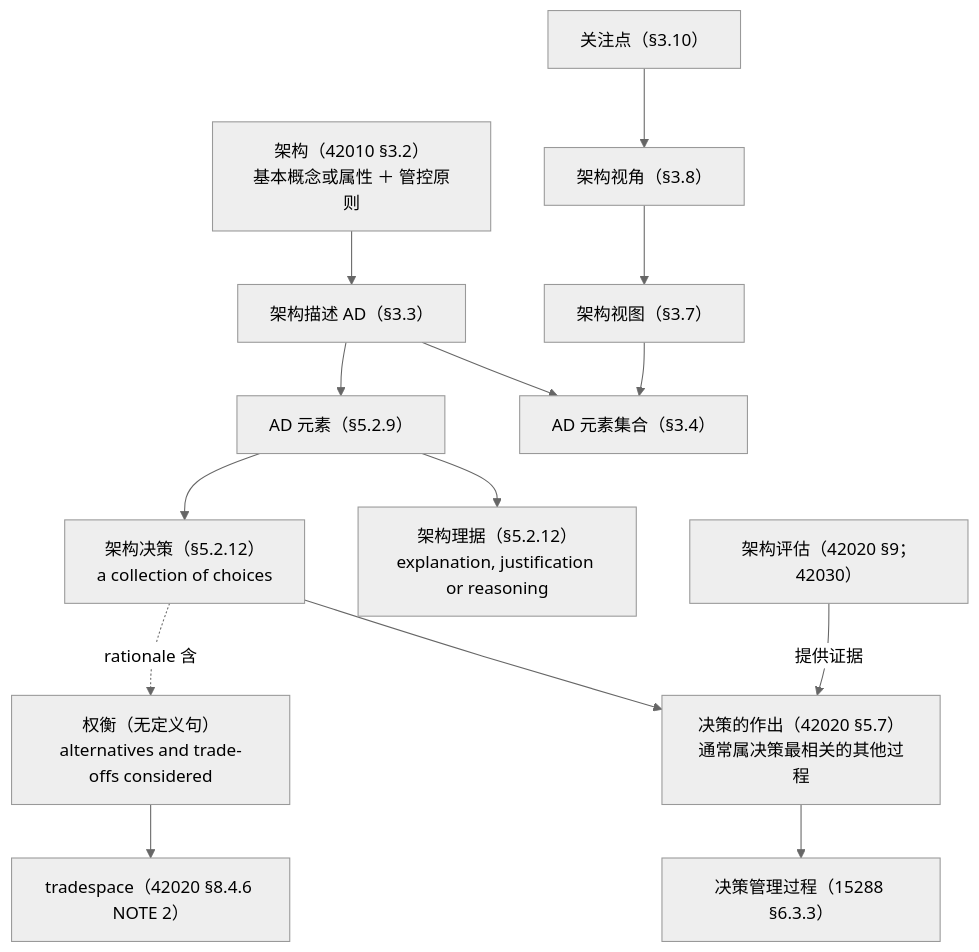
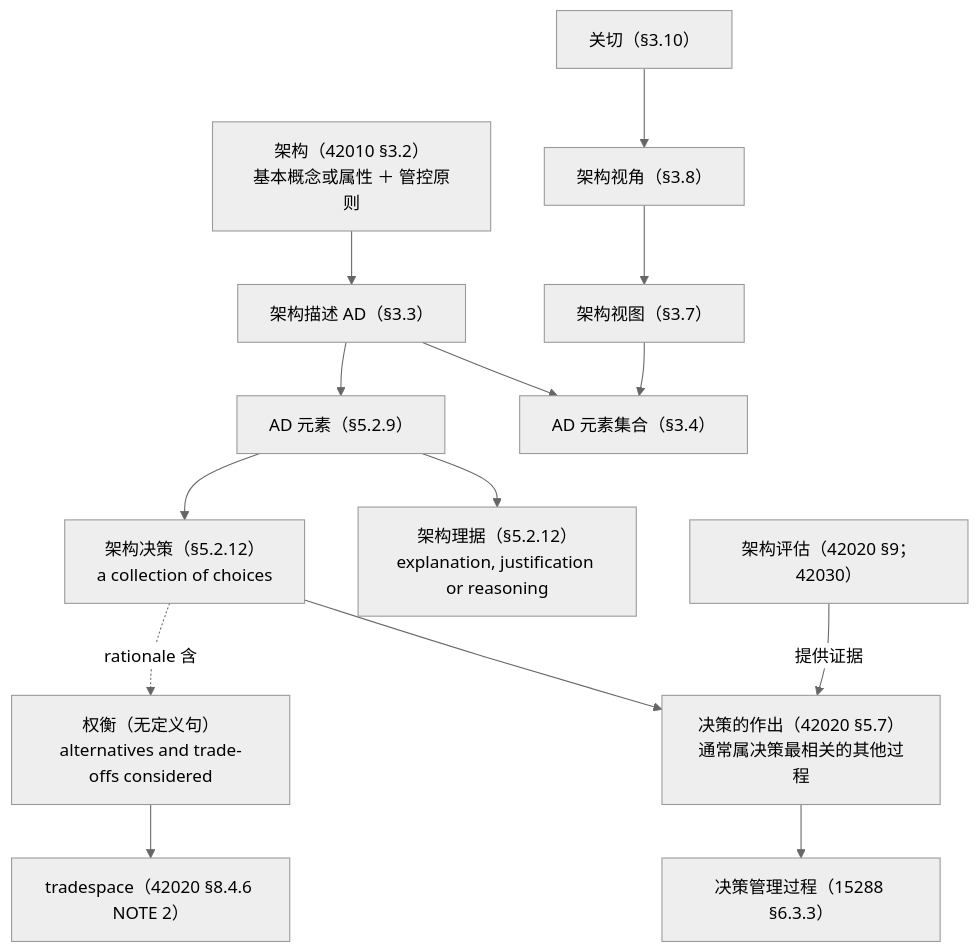
Before and after one commit to Yongjunzhou/business-Engineering: the first of 3 diagrams in 10-系统工程研究/00-系统工程相关研究报告/38-架构权衡与架构决策研究报告-从标准定义与过程落点到决策记录装置.md, drawn with Mermaid (neutral theme). The commit also changed other lines of this file and 33 other files, not shown here.

````diff
--- a/10-系统工程研究/00-系统工程相关研究报告/38-架构权衡与架构决策研究报告-从标准定义与过程落点到决策记录装置.md
+++ b/10-系统工程研究/00-系统工程相关研究报告/38-架构权衡与架构决策研究报告-从标准定义与过程落点到决策记录装置.md
@@ -148,16 +148,16 @@
 ```mermaid
 flowchart TD
   ARCH["架构（42010 §3.2）<br/>基本概念或属性 ＋ 管控原则"] --> AD["架构描述 AD（§3.3）"]
   AD --> ELEM["AD 元素（§5.2.9）"]
   ELEM --> DEC["架构决策（§5.2.12）<br/>a collection of choices"]
   ELEM --> RAT["架构理据（§5.2.12）<br/>explanation, justification or reasoning"]
   AD --> ADE["AD 元素集合（§3.4）"]
-  CON["关注点（§3.10）"] --> VP["架构视角（§3.8）"]
+  CON["关切（§3.10）"] --> VP["架构视角（§3.8）"]
   VP --> VW["架构视图（§3.7）"]
   VW --> ADE
   DEC -.->|rationale 含| TR["权衡（无定义句）<br/>alternatives and trade-offs considered"]
   TR --> TS["tradespace（42020 §8.4.6 NOTE 2）"]
   DEC --> ADP["决策的作出（42020 §5.7）<br/>通常属决策最相关的其他过程"]
   ADP --> DM["决策管理过程（15288 §6.3.3）"]
   EVAL["架构评估（42020 §9；42030）"] -->|提供证据| ADP
 ```
````
